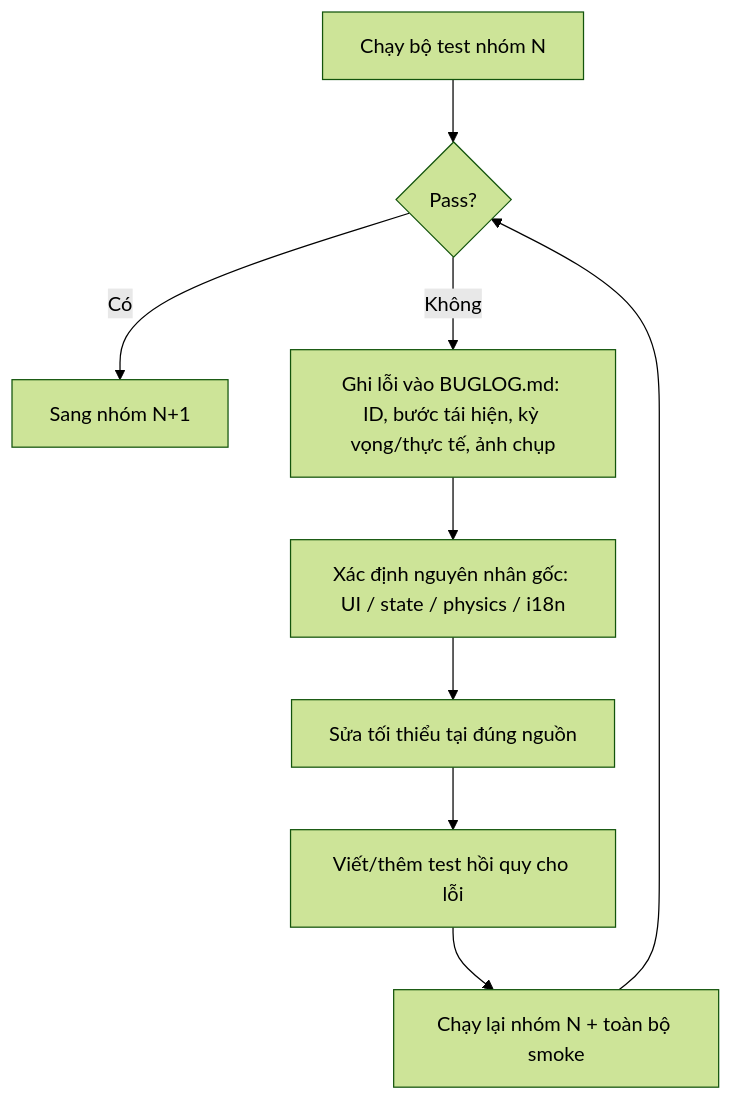
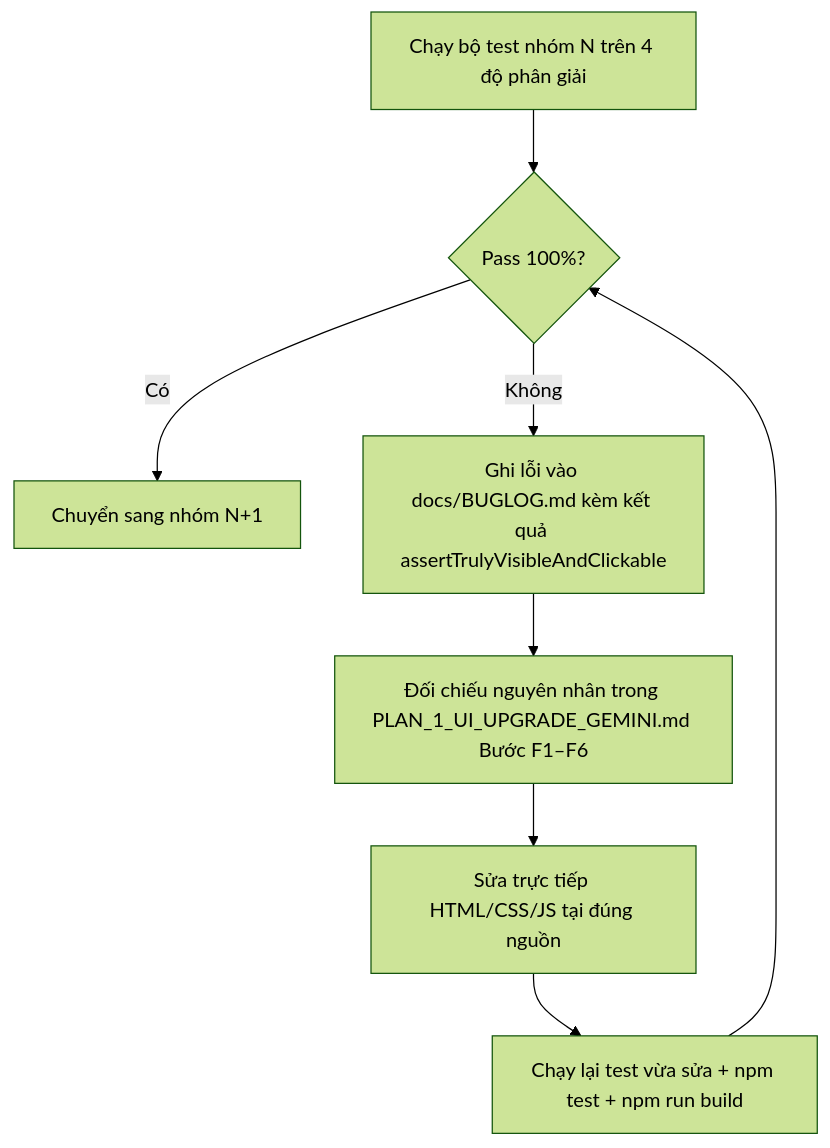
The diagram in docs/PLAN_2_TEST_DEBUG_CODEX.md (appautomatelvp/liftingplansimulatorpro), drawn with Mermaid (forest theme) before and after one commit. The commit also changed other lines of this file and 14 other files, not shown here.

Commit message:
fix(ui-f1-f5): implement phase 2 ui upgrade remediation plan

````diff
--- a/docs/PLAN_2_TEST_DEBUG_CODEX.md
+++ b/docs/PLAN_2_TEST_DEBUG_CODEX.md
@@ -10,11 +95,10 @@
 ```mermaid
 flowchart TD
-  S[Chạy bộ test nhóm N] --> P{Pass?}
-  P -- Có --> N[Sang nhóm N+1]
-  P -- Không --> R[Ghi lỗi vào BUGLOG.md: ID, bước tái hiện, kỳ vọng/thực tế, ảnh chụp]
-  R --> D[Xác định nguyên nhân gốc: UI / state / physics / i18n]
-  D --> F[Sửa tối thiểu tại đúng nguồn]
-  F --> T[Viết/thêm test hồi quy cho lỗi]
-  T --> A[Chạy lại nhóm N + toàn bộ smoke]
-  A --> P
+  S[Chạy bộ test nhóm N trên 4 độ phân giải] --> P{Pass 100%?}
+  P -- Có --> N[Chuyển sang nhóm N+1]
+  P -- Không --> R[Ghi lỗi vào docs/BUGLOG.md kèm kết quả assertTrulyVisibleAndClickable]
+  R --> D[Đối chiếu nguyên nhân trong PLAN_1_UI_UPGRADE_GEMINI.md Bước F1–F6]
+  D --> F[Sửa trực tiếp HTML/CSS/JS tại đúng nguồn]
+  F --> T[Chạy lại test vừa sửa + npm test + npm run build]
+  T --> P
 ```
````
